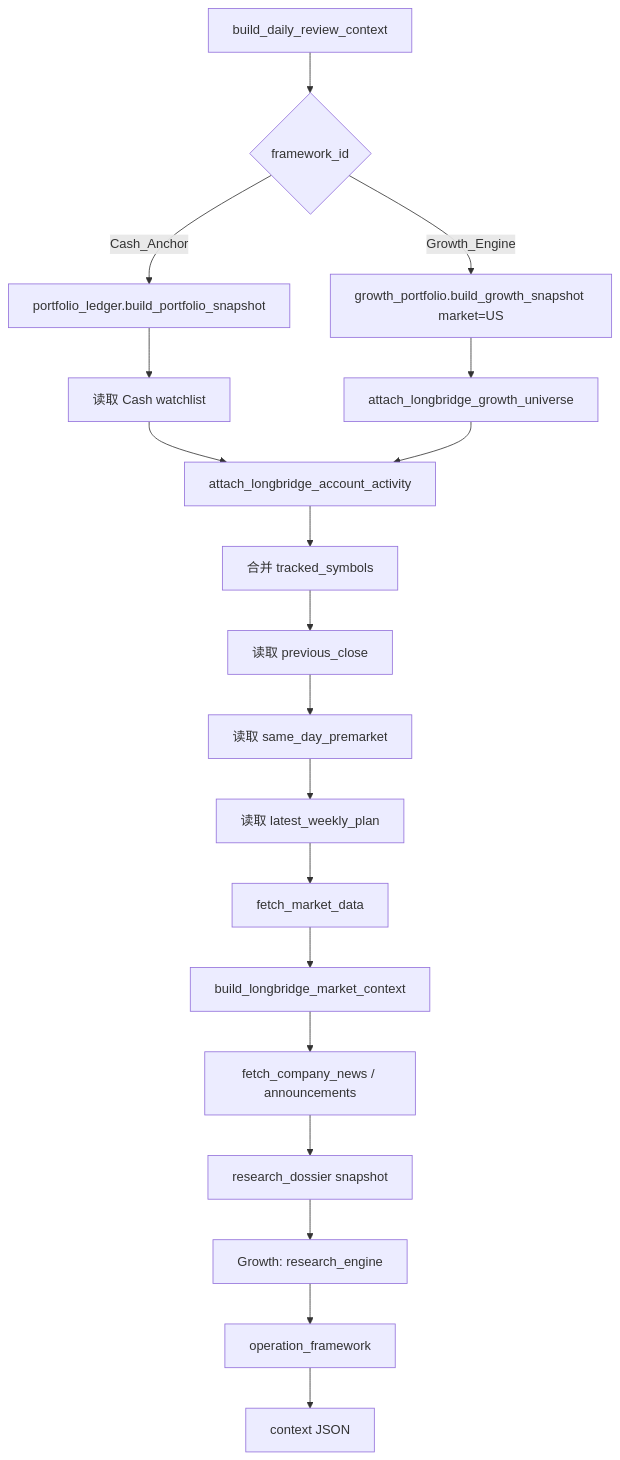
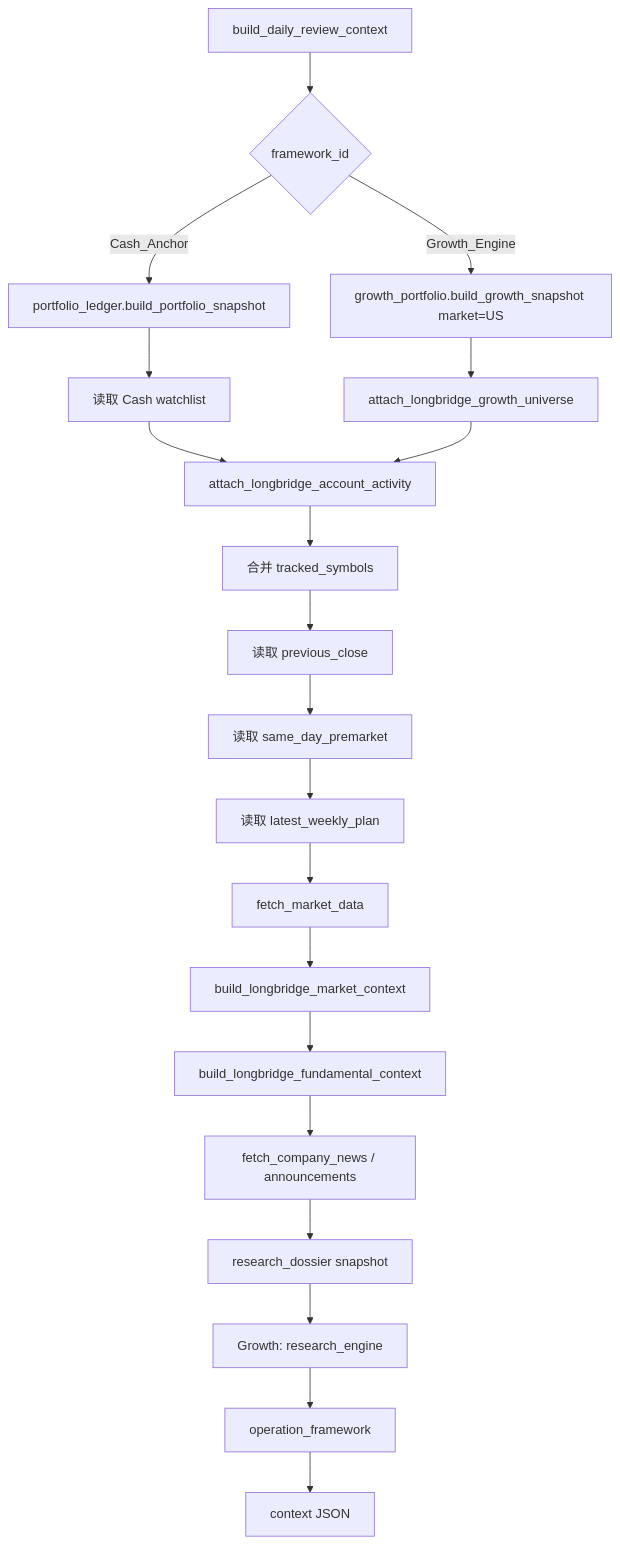
One commit to dyccodehome/private-investment-butler changed the ninth of 13 diagrams in docs/技术架构文档.md. Above: the diagram before and after it, drawn with Mermaid. The commit also changed other lines of this file and 13 other files, not shown here.

Commit message:
Add Longbridge fundamental context provider

````diff
--- a/docs/技术架构文档.md
+++ b/docs/技术架构文档.md
@@ -469,21 +477,22 @@
 ```mermaid
 flowchart TD
   A["build_daily_review_context"] --> B{"framework_id"}
   B -- "Cash_Anchor" --> C["portfolio_ledger.build_portfolio_snapshot"]
   B -- "Growth_Engine" --> D["growth_portfolio.build_growth_snapshot market=US"]
   C --> E["读取 Cash watchlist"]
   D --> F["attach_longbridge_growth_universe"]
   E --> GA["attach_longbridge_account_activity"]
   F --> GA
   GA --> G["合并 tracked_symbols"]
   G --> H["读取 previous_close"]
   H --> I["读取 same_day_premarket"]
   I --> J["读取 latest_weekly_plan"]
   J --> K["fetch_market_data"]
   K --> KM["build_longbridge_market_context"]
-  KM --> L["fetch_company_news / announcements"]
+  KM --> KF["build_longbridge_fundamental_context"]
+  KF --> L["fetch_company_news / announcements"]
   L --> M["research_dossier snapshot"]
   M --> N["Growth: research_engine"]
   N --> O["operation_framework"]
   O --> P["context JSON"]
 ```
````
